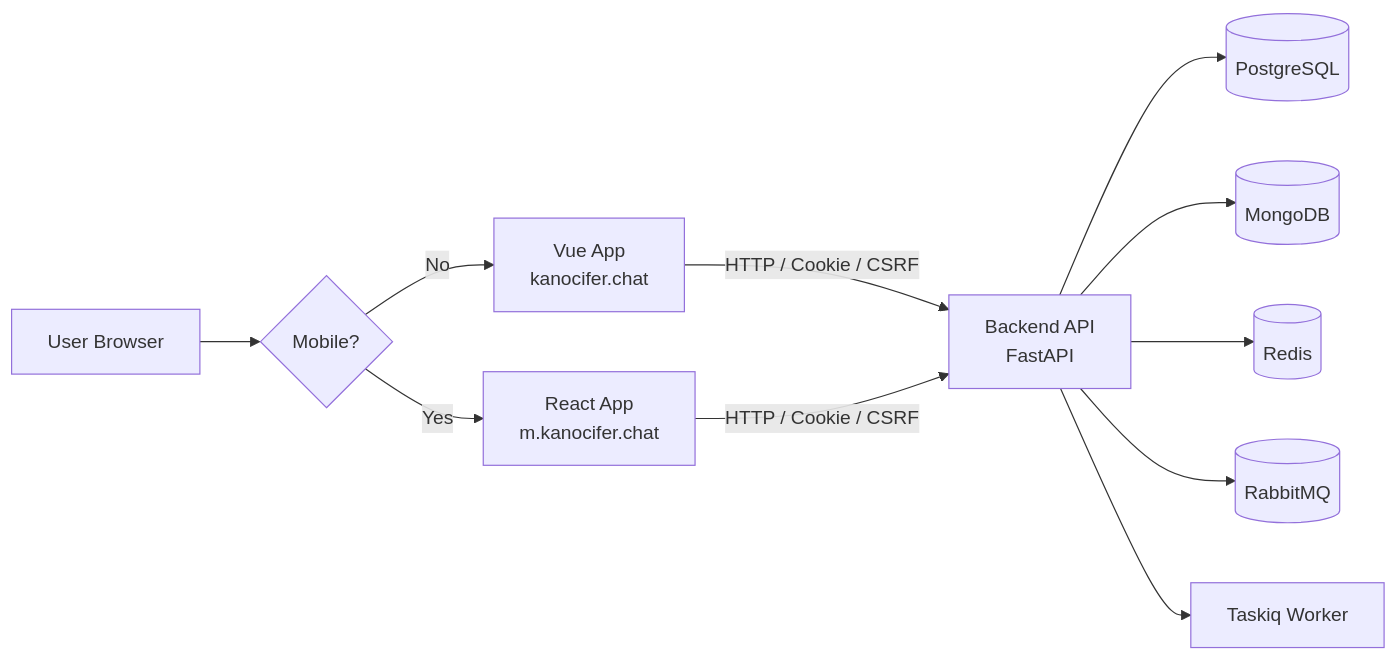
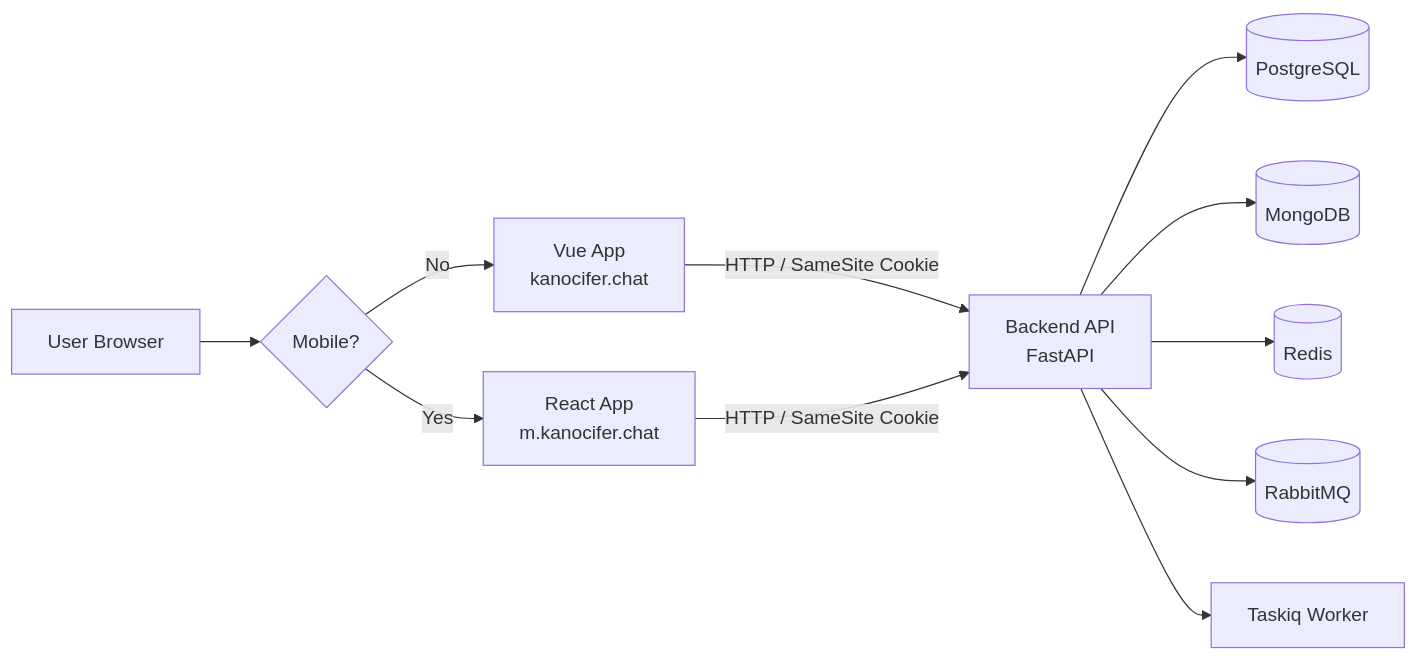
The diagram in README.md (KanoCifer/kuroome-blog), drawn with Mermaid before and after one commit. The commit also changed other lines of this file and 13 other files, not shown here.

````diff
--- a/README.md
+++ b/README.md
@@ -328,13 +319,13 @@
 ```mermaid
 flowchart LR
     U[User Browser] --> D{Mobile?}
     D -->|Yes| R[React App\nm.kanocifer.chat]
     D -->|No| F[Vue App\nkanocifer.chat]
-    F -->|HTTP / Cookie / CSRF| B[Backend API\nFastAPI]
-    R -->|HTTP / Cookie / CSRF| B
+    F -->|HTTP / SameSite Cookie| B[Backend API\nFastAPI]
+    R -->|HTTP / SameSite Cookie| B
     B --> PG[(PostgreSQL)]
     B --> MG[(MongoDB)]
     B --> RD[(Redis)]
     B --> RMQ[(RabbitMQ)]
     B --> TQ[Taskiq Worker]
 ```
````
